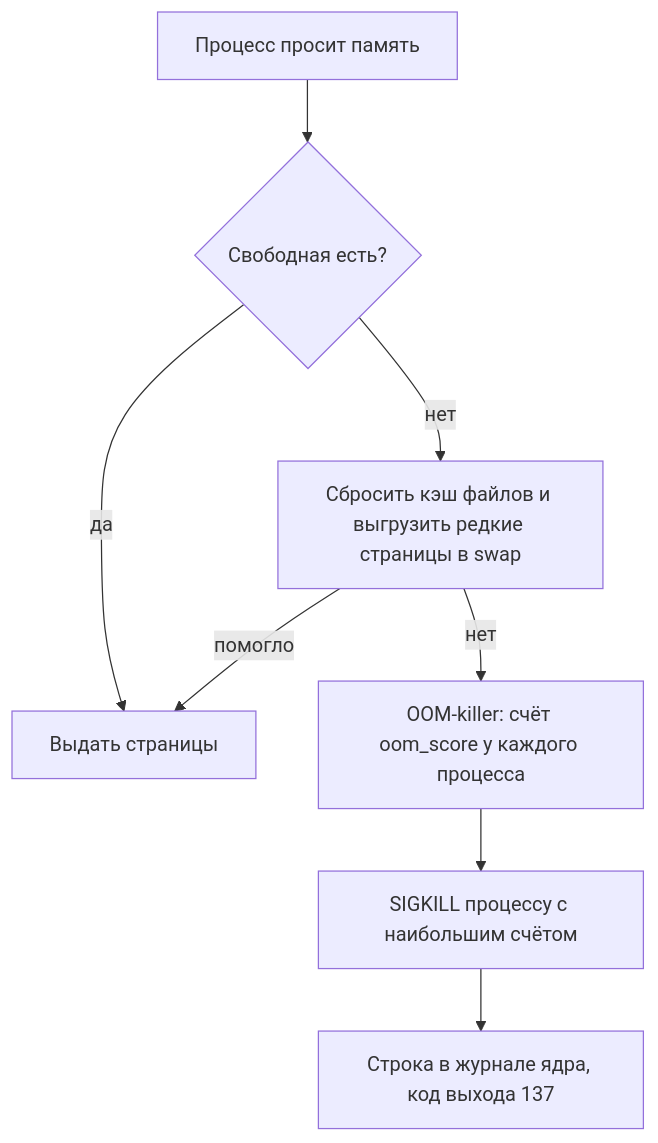
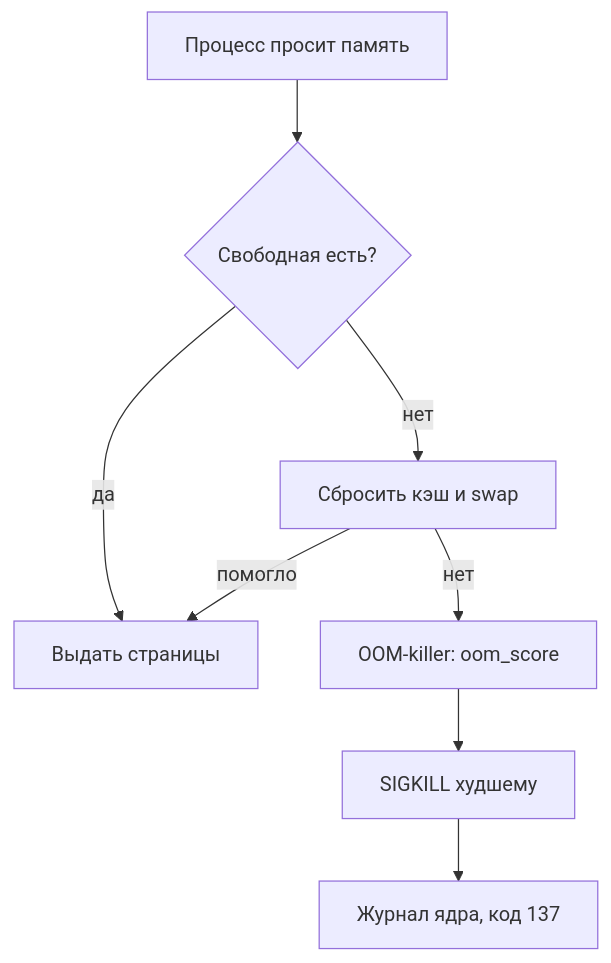
Before and after one commit to distinguished-sre/learning: the third of 4 diagrams in devops/01-linux/05-disk-memory-cpu.md, drawn with Mermaid. The commit also changed other lines of this file and 462 other files, not shown here.

````diff
--- a/devops/01-linux/05-disk-memory-cpu.md
+++ b/devops/01-linux/05-disk-memory-cpu.md
@@ -222,10 +282,10 @@
 ```mermaid
 flowchart TD
     A["Процесс просит память"] --> B{"Свободная есть?"}
     B -->|"да"| C["Выдать страницы"]
-    B -->|"нет"| D["Сбросить кэш файлов и выгрузить редкие страницы в swap"]
+    B -->|"нет"| D["Сбросить кэш и swap"]
     D -->|"помогло"| C
-    D -->|"нет"| E["OOM-killer: счёт oom_score у каждого процесса"]
-    E --> F["SIGKILL процессу с наибольшим счётом"]
-    F --> G["Строка в журнале ядра, код выхода 137"]
+    D -->|"нет"| E["OOM-killer: oom_score"]
+    E --> F["SIGKILL худшему"]
+    F --> G["Журнал ядра, код 137"]
 ```
````
